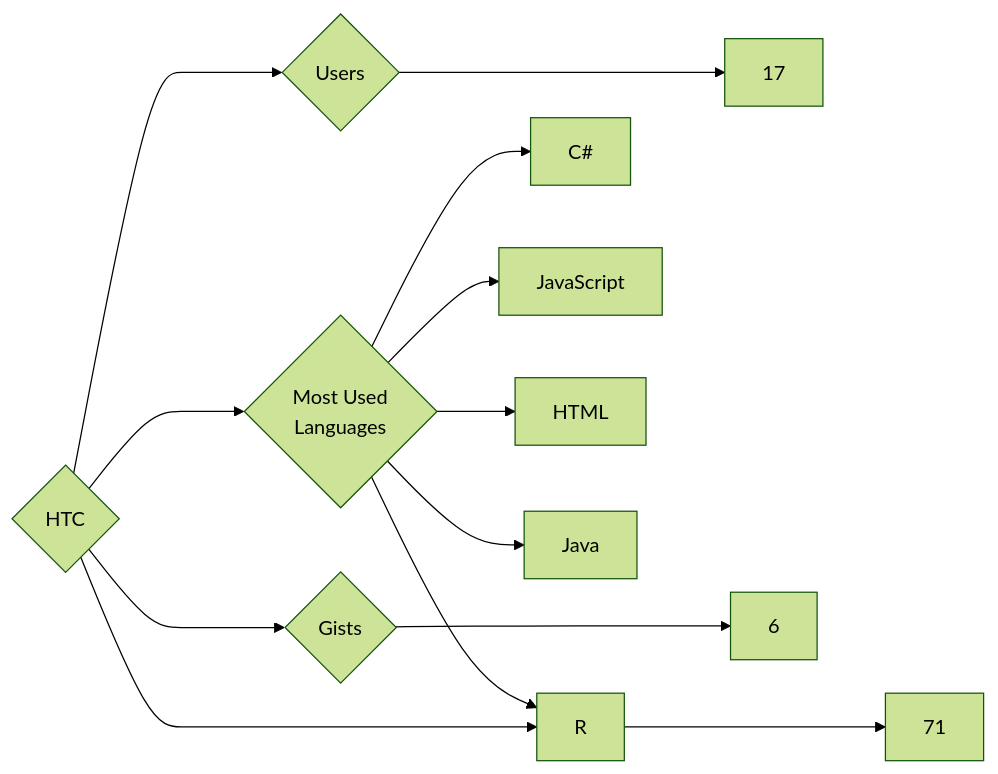
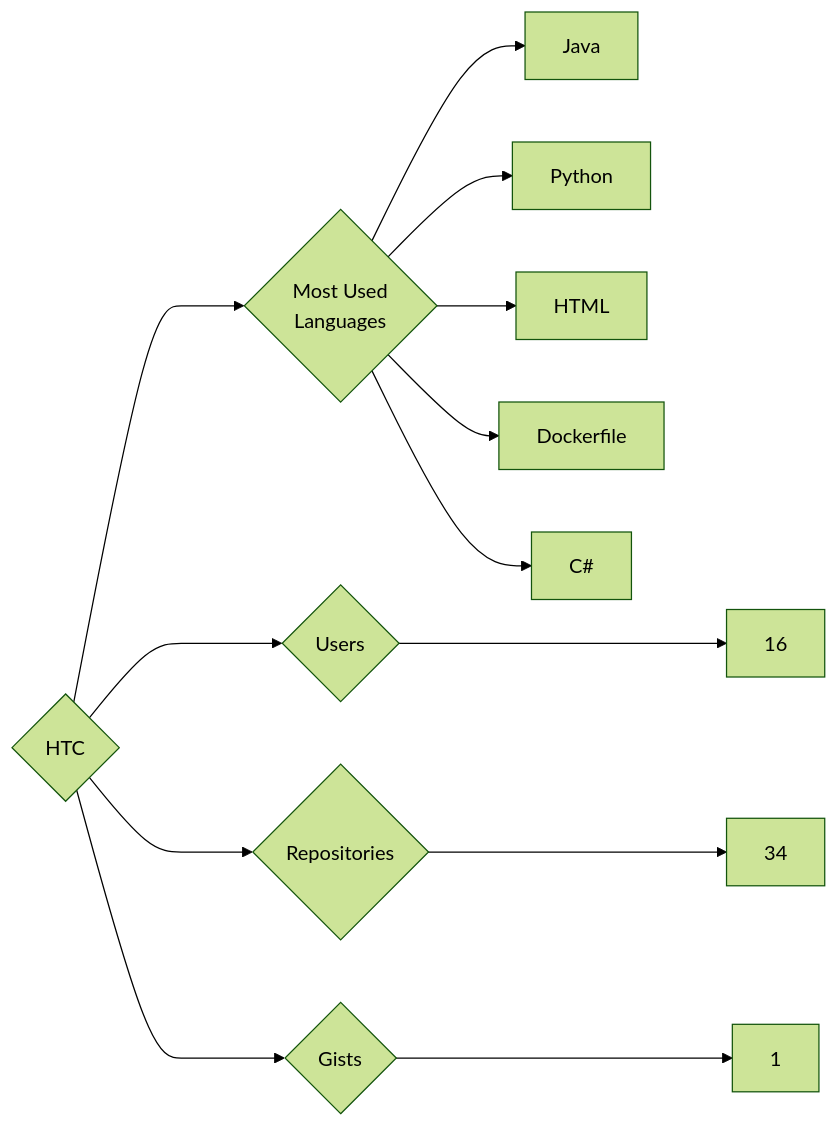
The diagram in targets/HTC/README.md (trickest/insiders), drawn with Mermaid (forest theme) before and after one commit. The commit also changed 777 other files, not shown here.

````diff
--- a/targets/HTC/README.md
+++ b/targets/HTC/README.md
@@ -3,13 +3,13 @@
 ```mermaid
 graph LR
 COMPANY_NAME{HTC}
-COMPANY_NAME ---> U{Users} ---> UN[17]
-COMPANY_NAME ---> R{Repositories} ---> RN[71]
-COMPANY_NAME ---> G{Gists} ---> GN[6]
+COMPANY_NAME ---> U{Users} ---> UN[16]
+COMPANY_NAME ---> R{Repositories} ---> RN[34]
+COMPANY_NAME ---> G{Gists} ---> GN[1]
 COMPANY_NAME ---> ML{Most Used<br>Languages}
+ML --> Java[Java]
+ML --> Python[Python]
+ML --> HTML[HTML]
+ML --> Dockerfile[Dockerfile]
 ML --> C#[C#]
-ML --> JavaScript[JavaScript]
-ML --> HTML[HTML]
-ML --> R[R]
-ML --> Java[Java]
 ```
````
